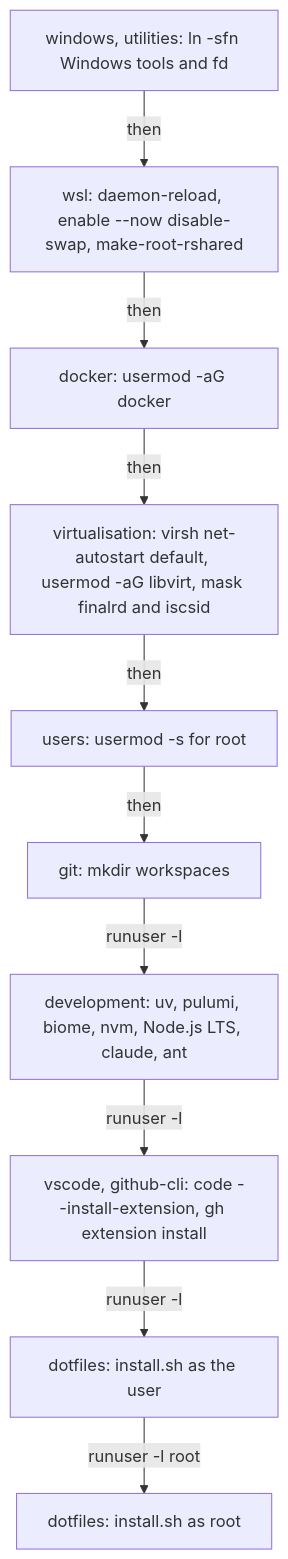
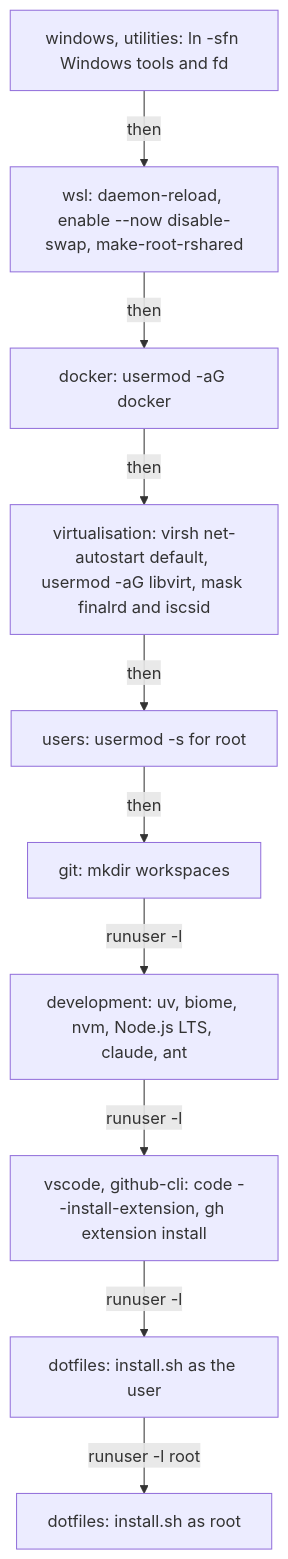
The third of 3 diagrams in docs/provisioning.md (froazin/wsl), drawn with Mermaid before and after one commit. The commit also changed other lines of this file and 5 other files, not shown here.

````diff
--- a/docs/provisioning.md
+++ b/docs/provisioning.md
@@ -104,14 +105,14 @@
 ```mermaid
 flowchart TD
     accTitle: runcmd order
     accDescr: runcmd runs the fragments' entries in the order of their numbers. It links the Windows tools and fd, enables the system units, adds the user to the docker group, sets up libvirt and masks the iSCSI units, sets zsh for root, then makes the user's workspaces, installs their tools, Node.js and extensions and runs install.sh for the user and root.
     links["windows, utilities: ln -sfn Windows tools and fd"] -->|then| units["wsl: daemon-reload, enable --now disable-swap, make-root-rshared"]
     units -->|then| docker["docker: usermod -aG docker"]
     docker -->|then| virsh["virtualisation: virsh net-autostart default, usermod -aG libvirt, mask finalrd and iscsid"]
     virsh -->|then| shells["users: usermod -s for root"]
     shells -->|then| prep["git: mkdir workspaces"]
-    prep -->|runuser -l| tools["development: uv, pulumi, biome, nvm, Node.js LTS, claude, ant"]
+    prep -->|runuser -l| tools["development: uv, biome, nvm, Node.js LTS, claude, ant"]
     tools -->|runuser -l| ext["vscode, github-cli: code --install-extension, gh extension install"]
     ext -->|runuser -l| userinstall["dotfiles: install.sh as the user"]
     userinstall -->|runuser -l root| rootinstall["dotfiles: install.sh as root"]
 ```
````
